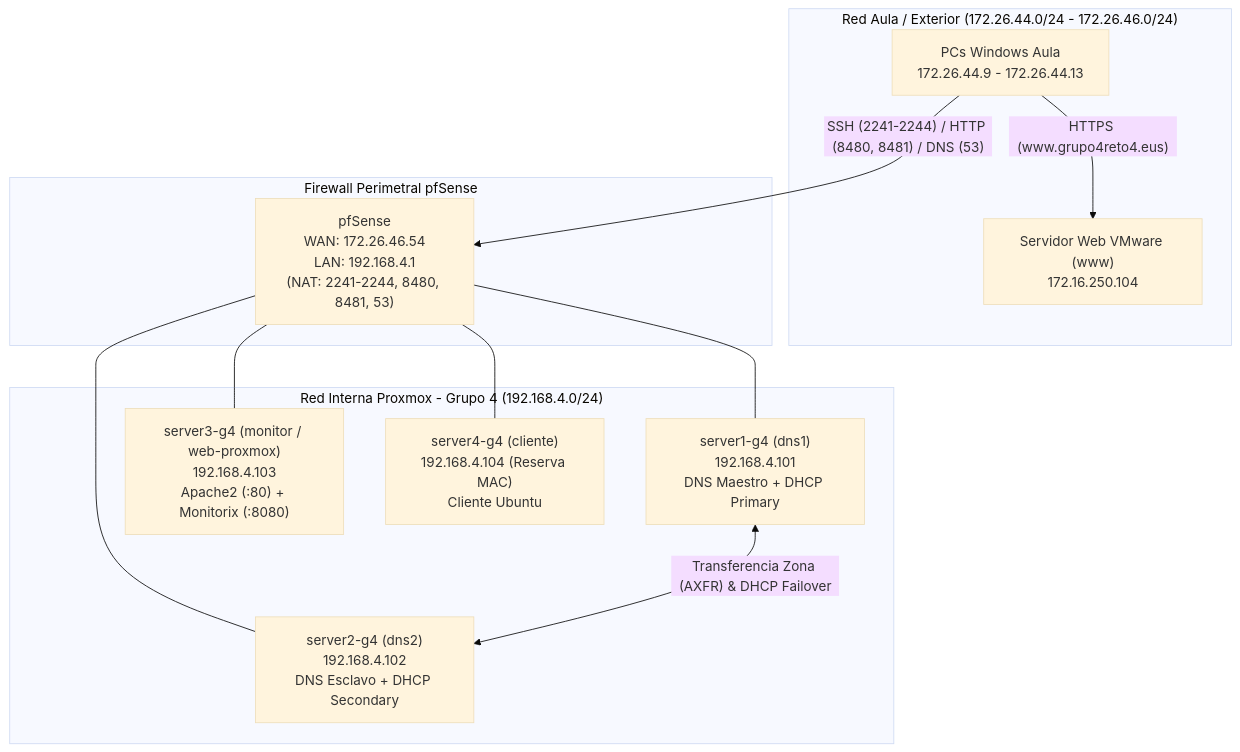
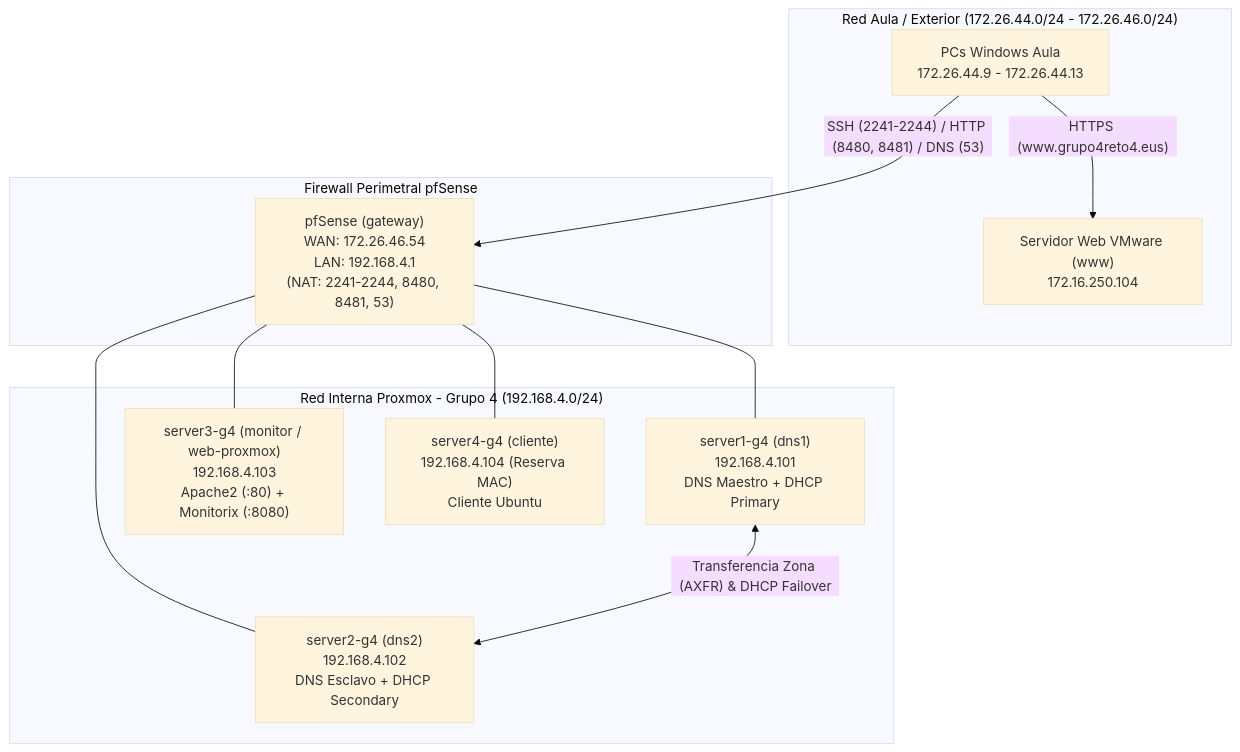
Before and after one commit to martinavisasir/reto4-sri-grupo4: the diagram in README.md, drawn with Mermaid (base theme). The commit also changed other lines of this file, not shown here.

````diff
--- a/README.md
+++ b/README.md
@@ -39,26 +29,26 @@
 ```mermaid
 flowchart TB
     subgraph AULA["Red Aula / Exterior (172.26.44.0/24 - 172.26.46.0/24)"]
         PC["PCs Windows Aula<br/>172.26.44.9 - 172.26.44.13"]
         VMW["Servidor Web VMware (www)<br/>172.16.250.104"]
     end
 
     subgraph PFS["Firewall Perimetral pfSense"]
-        FW["pfSense<br/>WAN: 172.26.46.54<br/>LAN: 192.168.4.1<br/>(NAT: 2241-2244, 8480, 8481, 53)"]
+        FW["pfSense (gateway)<br/>WAN: 172.26.46.54<br/>LAN: 192.168.4.1<br/>(NAT: 2241-2244, 8480, 8481, 53)"]
     end
 
     subgraph LAN["Red Interna Proxmox - Grupo 4 (192.168.4.0/24)"]
         S1["server1-g4 (dns1)<br/>192.168.4.101<br/>DNS Maestro + DHCP Primary"]
         S2["server2-g4 (dns2)<br/>192.168.4.102<br/>DNS Esclavo + DHCP Secondary"]
         S3["server3-g4 (monitor / web-proxmox)<br/>192.168.4.103<br/>Apache2 (:80) + Monitorix (:8080)"]
         S4["server4-g4 (cliente)<br/>192.168.4.104 (Reserva MAC)<br/>Cliente Ubuntu"]
     end
 
     PC -- "SSH (2241-2244) / HTTP (8480, 8481) / DNS (53)" --> FW
     PC -- "HTTPS (www.grupo4reto4.eus)" --> VMW
     FW --- S1
     FW --- S2
     FW --- S3
     FW --- S4
     S1 <-- "Transferencia Zona (AXFR) & DHCP Failover" --> S2
 ```
````
